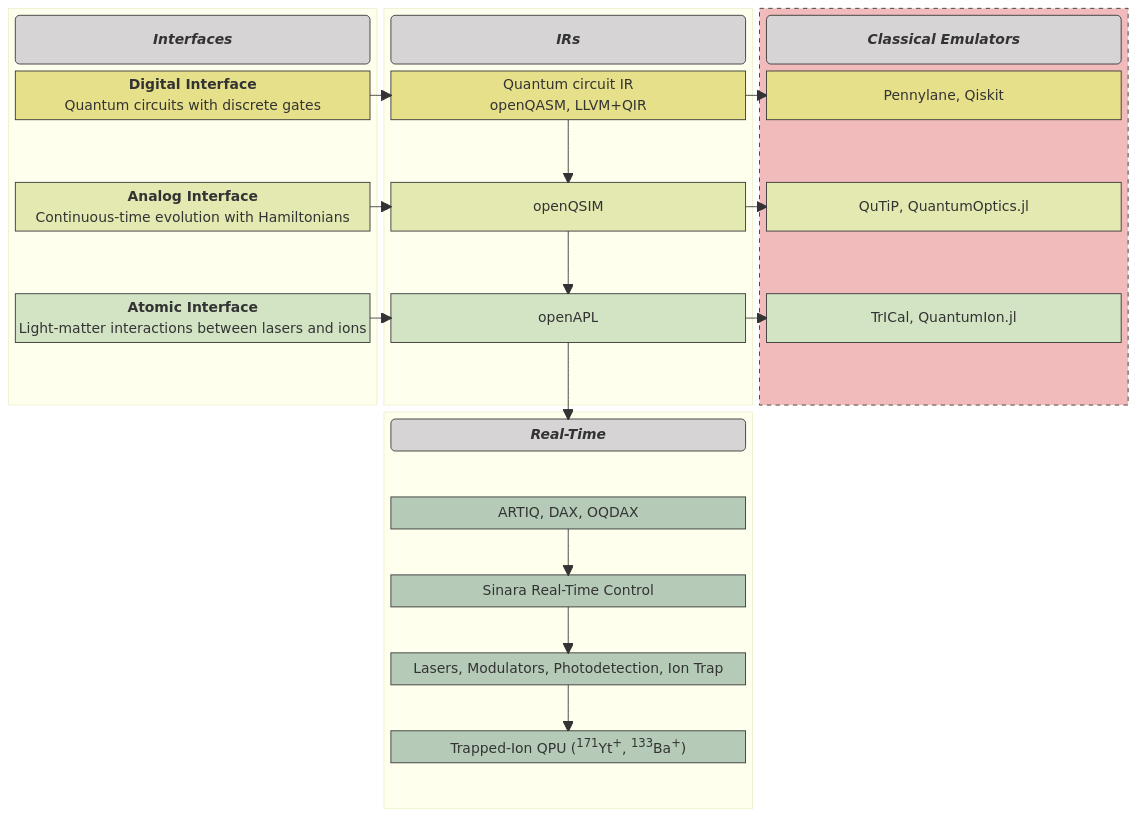
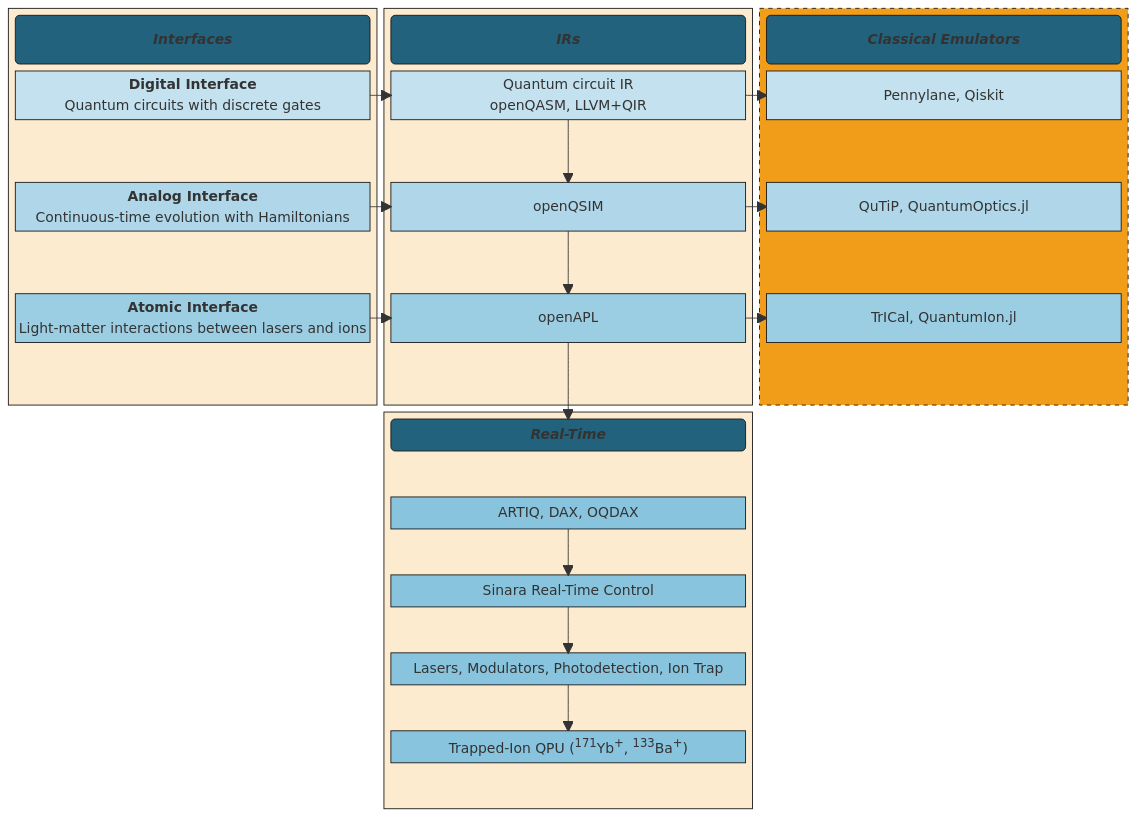
One commit to OpenQuantumDesign/oqd-cloud changed the diagram in README.md. Above: the diagram before and after it, drawn with Mermaid. The commit also changed 1 other file, not shown here.

Commit message:
[docs] Update stack visual and doc index

````diff
--- a/README.md
+++ b/README.md
@@ -45,87 +45,93 @@
 ```mermaid
 block-beta
    columns 3
-   
+
    block:Interface
        columns 1
        InterfaceTitle("<i><b>Interfaces</b><i/>")
-       InterfaceDigital["<b>Digital Interface</b>\nQuantum circuits with discrete gates"] 
+       InterfaceDigital["<b>Digital Interface</b>\nQuantum circuits with discrete gates"]
        space
-       InterfaceAnalog["<b>Analog Interface</b>\n Continuous-time evolution with Hamiltonians"] 
+       InterfaceAnalog["<b>Analog Interface</b>\n Continuous-time evolution with Hamiltonians"]
        space
        InterfaceAtomic["<b>Atomic Interface</b>\nLight-matter interactions between lasers and ions"]
        space
     end
-    
+
     block:IR
        columns 1
        IRTitle("<i><b>IRs</b><i/>")
-       IRDigital["Quantum circuit IR\nopenQASM, LLVM+QIR"] 
+       IRDigital["Quantum circuit IR\nopenQASM, LLVM+QIR"]
        space
        IRAnalog["openQSIM"]
        space
        IRAtomic["openAPL"]
        space
     end
-    
+
     block:Emulator
        columns 1
        EmulatorsTitle("<i><b>Classical Emulators</b><i/>")
-       
-       EmulatorDigital["Pennylane, Qiskit"] 
+
+       EmulatorDigital["Pennylane, Qiskit"]
        space
        EmulatorAnalog["QuTiP, QuantumOptics.jl"]
        space
        EmulatorAtomic["TrICal, QuantumIon.jl"]
        space
     end
-    
+
     space
     block:RealTime
        columns 1
        RealTimeTitle("<i><b>Real-Time</b><i/>")
        space
-       RTSoftware["ARTIQ, DAX, OQDAX"] 
+       RTSoftware["ARTIQ, DAX, OQDAX"]
        space
        RTGateware["Sinara Real-Time Control"]
        space
        RTHardware["Lasers, Modulators, Photodetection, Ion Trap"]
        space
-       RTApparatus["Trapped-Ion QPU (<sup>171</sup>Yt<sup>+</sup>, <sup>133</sup>Ba<sup>+</sup>)"]
+       RTApparatus["Trapped-Ion QPU (<sup>171</sup>Yb<sup>+</sup>, <sup>133</sup>Ba<sup>+</sup>)"]
        space
     end
     space
-    
+
    InterfaceDigital --> IRDigital
    InterfaceAnalog --> IRAnalog
    InterfaceAtomic --> IRAtomic
-   
+
    IRDigital --> IRAnalog
    IRAnalog --> IRAtomic
-   
+
    IRDigital --> EmulatorDigital
    IRAnalog --> EmulatorAnalog
    IRAtomic --> EmulatorAtomic
-   
+
    IRAtomic --> RealTimeTitle
-   
+
    RTSoftware --> RTGateware
    RTGateware --> RTHardware
    RTHardware --> RTApparatus
-   
-    classDef title fill:#d6d4d4,stroke:#333,color:#333;
-    classDef digital fill:#E7E08B,stroke:#333,color:#333;
-    classDef analog fill:#E4E9B2,stroke:#333,color:#333;
-    classDef atomic fill:#D2E4C4,stroke:#333,color:#333;
-    classDef realtime fill:#B5CBB7,stroke:#333,color:#333;
 
-    classDef highlight fill:#f2bbbb,stroke:#333,color:#333,stroke-dasharray: 5 5;
-    
+   classDef title fill:#23627D,stroke:#141414,color:#FFFFFF;
+   classDef digital fill:#c3e1ee,stroke:#141414,color:#141414;
+   classDef analog fill:#afd7e9,stroke:#141414,color:#141414;
+   classDef atomic fill:#9ccee3,stroke:#141414,color:#141414;
+   classDef realtime fill:#88c4dd,stroke:#141414,color:#141414;
+
+    classDef highlight fill:#F19D19,stroke:#141414,color:#141414,stroke-dasharray: 5 5;
+    classDef normal fill:#fcebcf,stroke:#141414,color:#141414;
+
     class InterfaceTitle,IRTitle,EmulatorsTitle,RealTimeTitle title
     class InterfaceDigital,IRDigital,EmulatorDigital digital
     class InterfaceAnalog,IRAnalog,EmulatorAnalog analog
     class InterfaceAtomic,IRAtomic,EmulatorAtomic atomic
     class RTSoftware,RTGateware,RTHardware,RTApparatus realtime
+
+   class Emulator highlight
+
+   class Interface normal
+   class RealTime normal
+   class IR normal
     
-    class Emulator highlight
 ```
````
